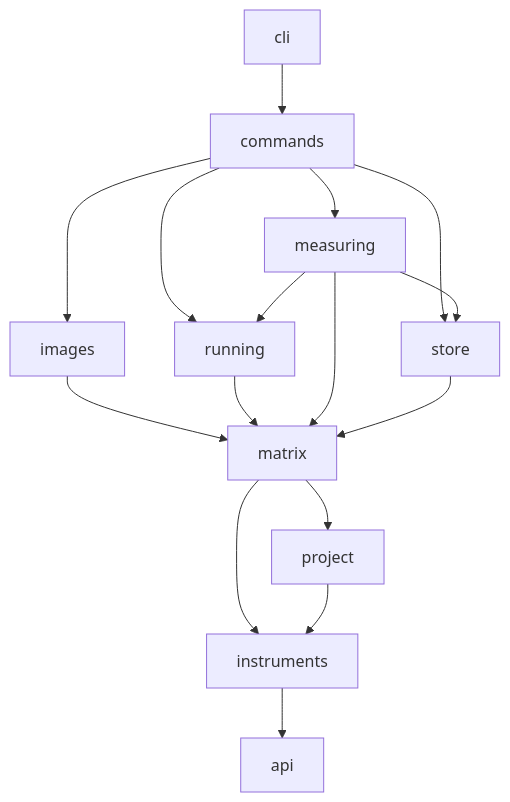
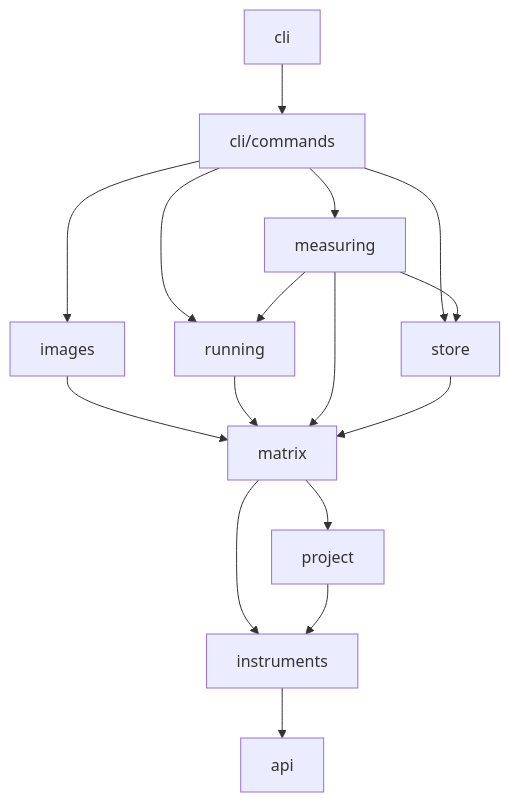
Before and after one commit to dwjohnston/thunderjar: the diagram in src/AGENTS.md, drawn with Mermaid. The commit also changed other lines of this file and 10 other files, not shown here.

````diff
--- a/src/AGENTS.md
+++ b/src/AGENTS.md
@@ -7,12 +7,12 @@
 ```mermaid
 flowchart TD
-    cli --> commands
+    cli --> commands["cli/commands"]
     commands --> images & running & measuring & store
     images --> matrix
     running --> matrix
     measuring --> running & store & matrix
     store --> matrix
     matrix --> project & instruments
     project --> instruments
     instruments --> api
 ```
````
